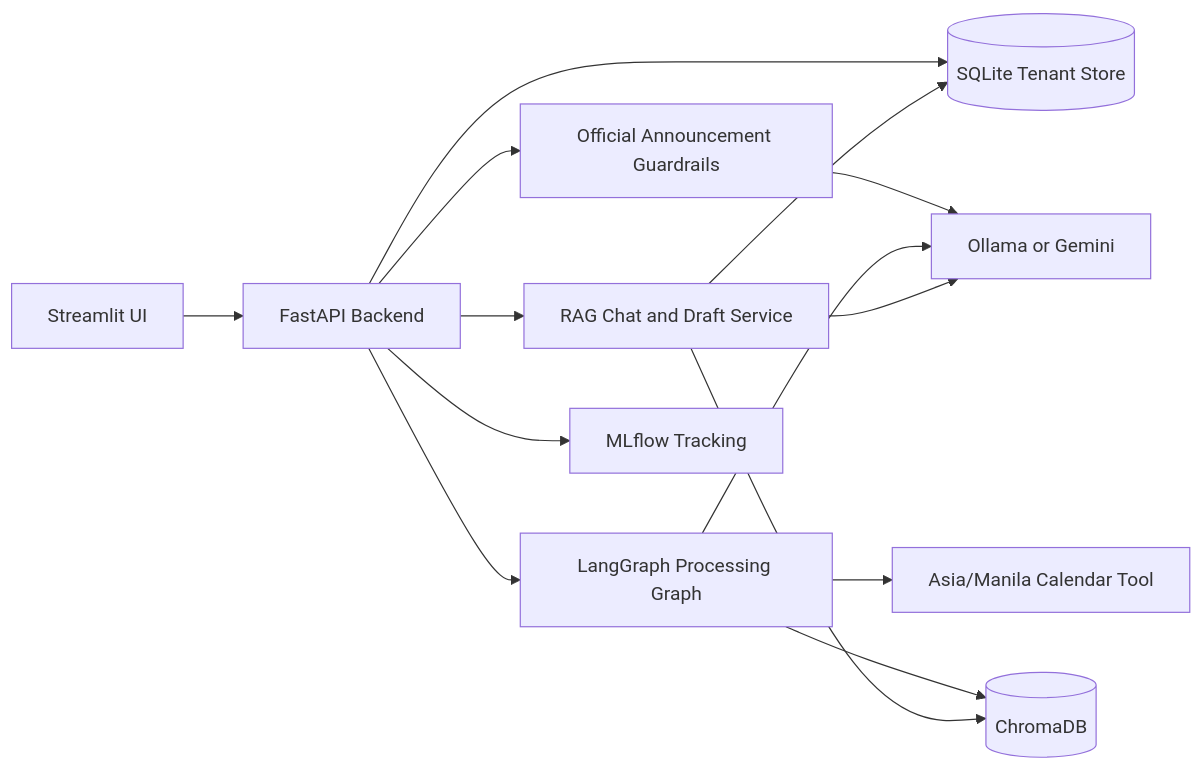
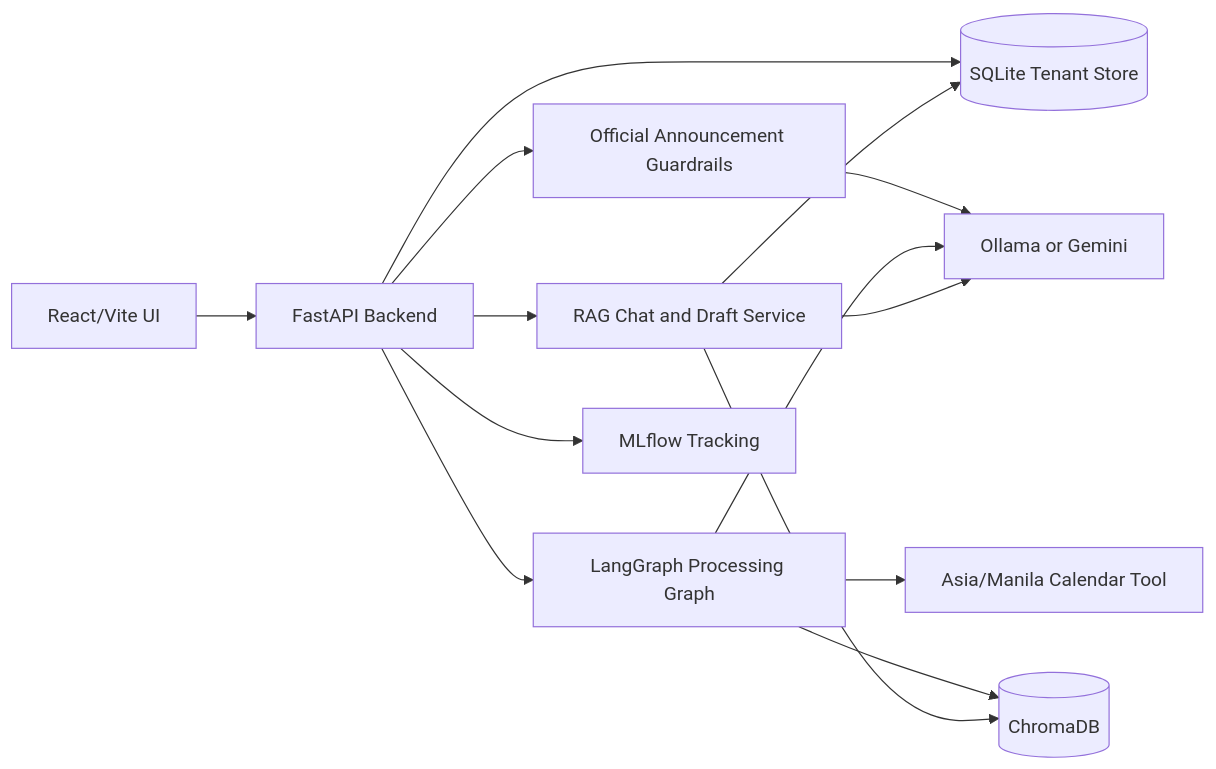
One commit to aaaaandreiii/SwiftMemo_STAI1000 changed the diagram in README.md. Above: the diagram before and after it, drawn with Mermaid. The commit also changed other lines of this file and 87 other files, not shown here.

````diff
--- a/README.md
+++ b/README.md
@@ -48,16 +48,16 @@
 ```mermaid
 flowchart LR
-    UI[Streamlit UI] --> API[FastAPI Backend]
+    UI[React/Vite UI] --> API[FastAPI Backend]
     API --> SQLite[(SQLite Tenant Store)]
     API --> Guardrails[Official Announcement Guardrails]
     API --> Agent[LangGraph Processing Graph]
     API --> Chat[RAG Chat and Draft Service]
     Agent --> Calendar[Asia/Manila Calendar Tool]
     Agent --> Chroma[(ChromaDB)]
     Chat --> Chroma
     Chat --> SQLite
     Guardrails --> LLM[Ollama or Gemini]
     Agent --> LLM
     Chat --> LLM
     API --> MLflow[MLflow Tracking]
 ```
````
